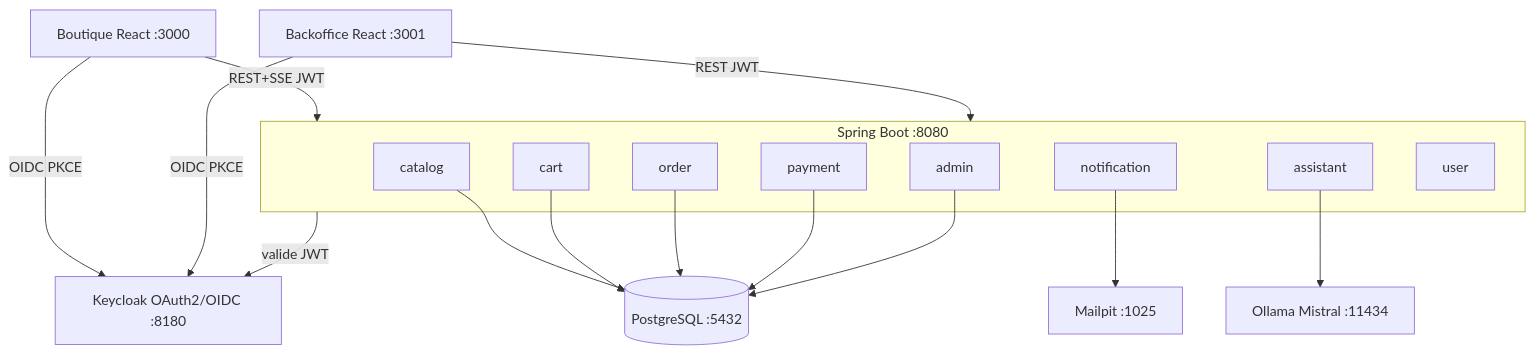
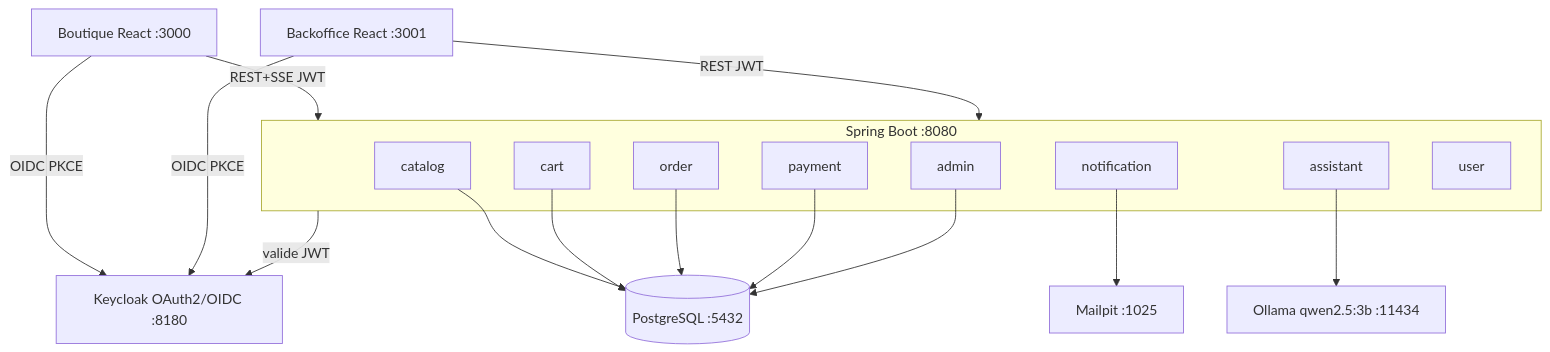
One commit to dbeaumont/macmarket changed the first of 5 diagrams in README.md. Above: the diagram before and after it, drawn with Mermaid. The commit also changed other lines of this file and 16 other files, not shown here.

First line of the commit message:
docs: corrige les incohérences documentaires (stack Angular, modèle LLM, diagramme catalog)

````diff
--- a/README.md
+++ b/README.md
@@ -71,35 +71,35 @@
 ```mermaid
 graph TB
     SHOP["Boutique React :3000"]
     ADMIN_FE["Backoffice React :3001"]
     KC["Keycloak OAuth2/OIDC :8180"]
 
     subgraph backend["Spring Boot :8080"]
         CAT["catalog"]
         CART["cart"]
         ORD["order"]
         PAY["payment"]
         ADM["admin"]
         NOTIF["notification"]
         ASST["assistant"]
         USR["user"]
     end
 
     PG[("PostgreSQL :5432")]
-    OLL["Ollama Mistral :11434"]
+    OLL["Ollama qwen2.5:3b :11434"]
     MAIL["Mailpit :1025"]
 
     SHOP -- "REST+SSE JWT" --> backend
     ADMIN_FE -- "REST JWT" --> backend
     SHOP -- "OIDC PKCE" --> KC
     ADMIN_FE -- "OIDC PKCE" --> KC
     backend -- "valide JWT" --> KC
 
     CAT --> PG
     CART --> PG
     ORD --> PG
     PAY --> PG
     ADM --> PG
     ASST --> OLL
     NOTIF --> MAIL
 ```
````
